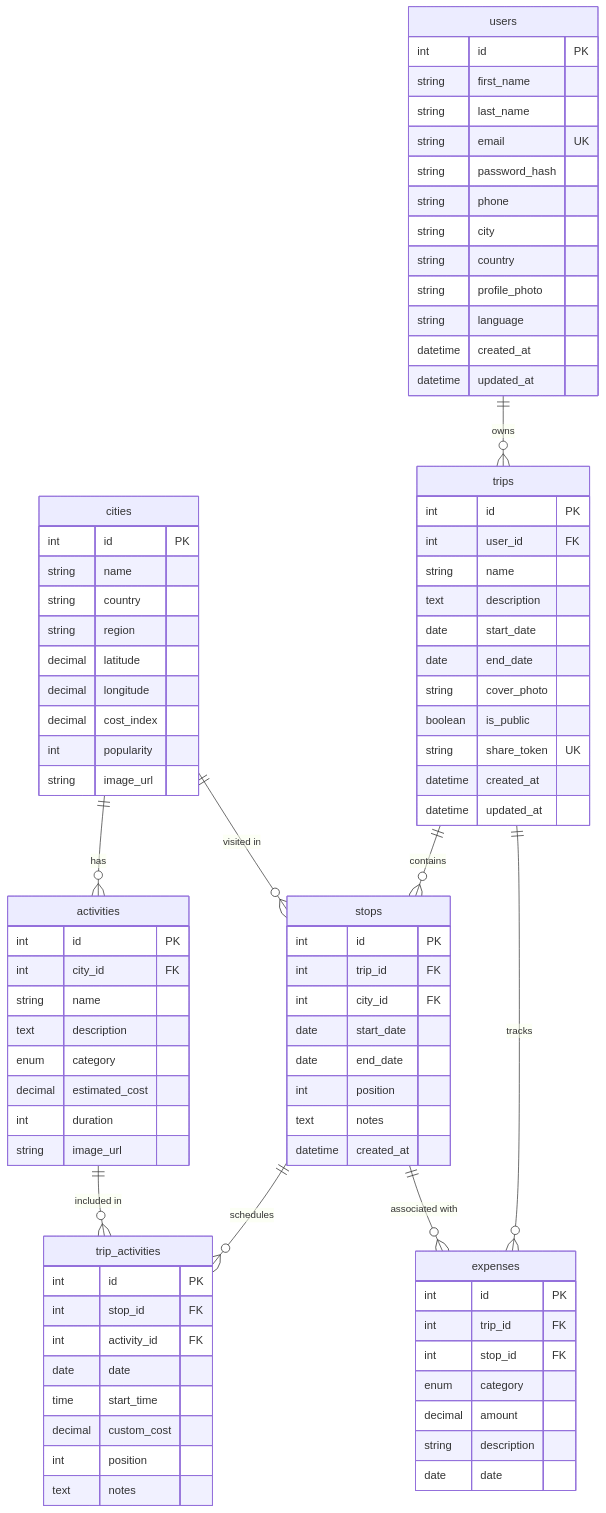
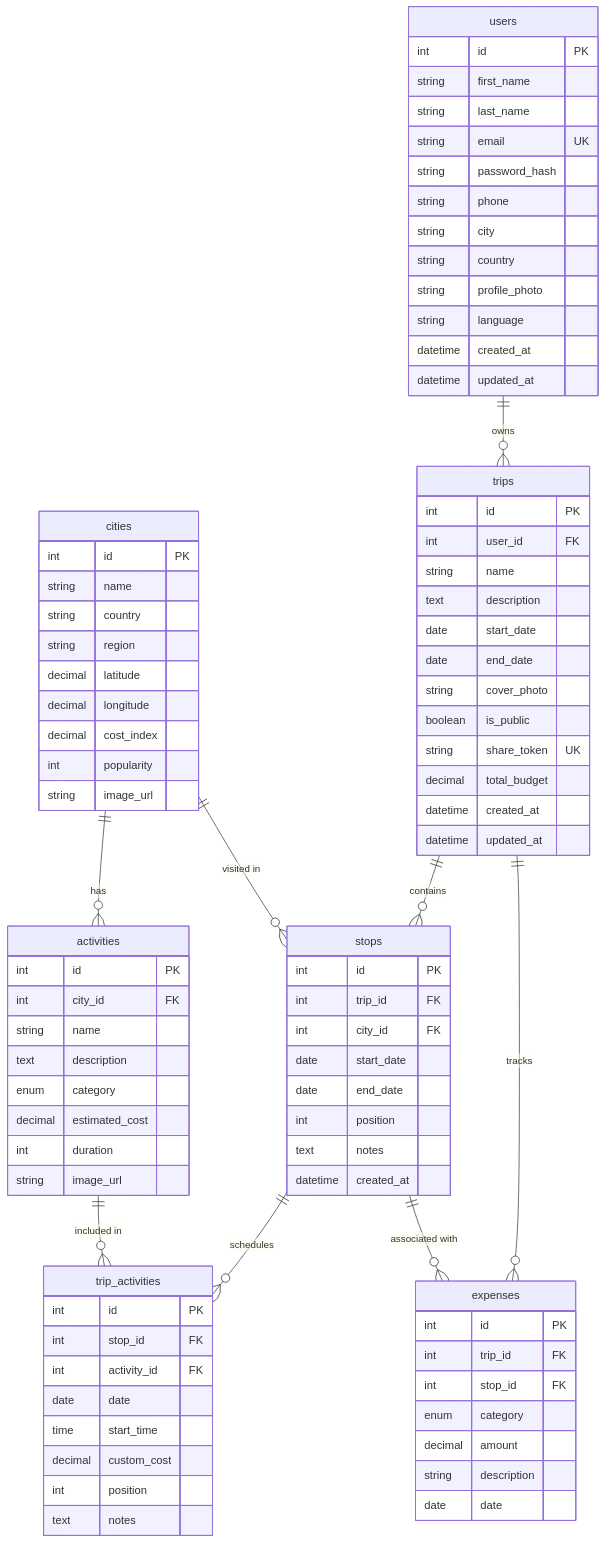
One commit to harshil51/GlobeTrotter-Odoo-x-LDCE-Hackathon changed the diagram in GlobeTrotter_PRD.md. Above: the diagram before and after it, drawn with Mermaid. The commit also changed other lines of this file and 46 other files, not shown here.

```diff
--- a/GlobeTrotter_PRD.md
+++ b/GlobeTrotter_PRD.md
@@ -1001,6 +1002,7 @@
         string cover_photo
         boolean is_public
         string share_token UK
+        decimal total_budget
         datetime created_at
         datetime updated_at
     }
```
